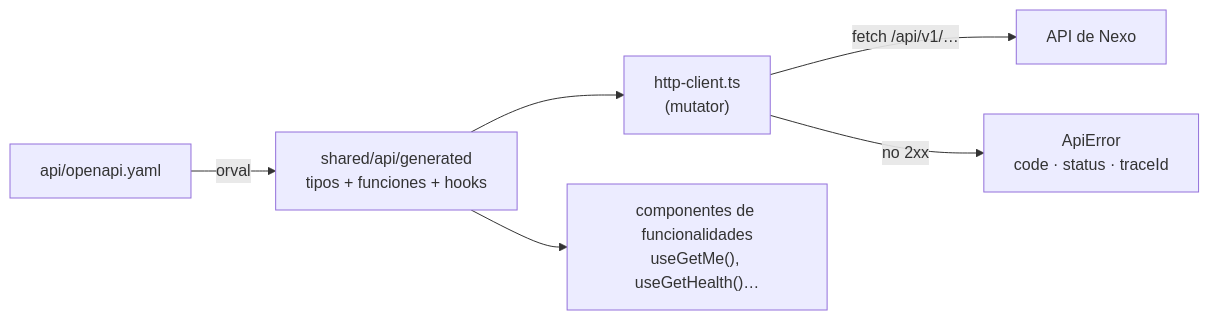
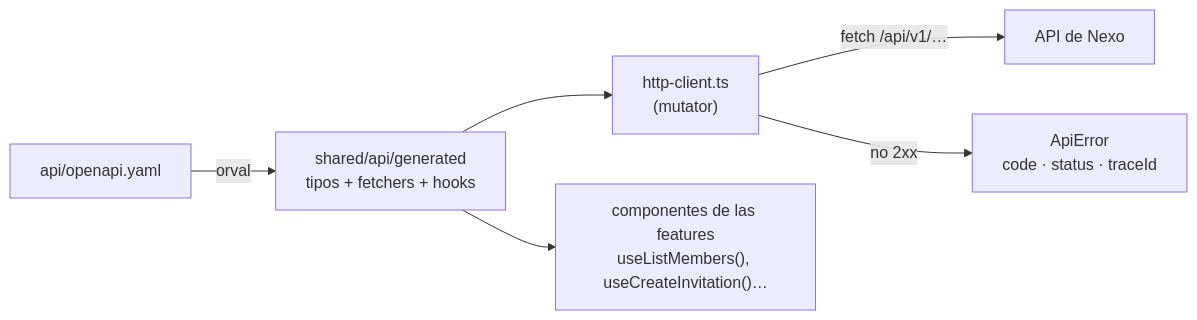
The second of 2 diagrams in docs/frontend/README.es.md (JRamonCarralero/nexo), drawn with Mermaid before and after one commit. The commit also changed other lines of this file and 85 other files, not shown here.

````diff
--- a/docs/frontend/README.es.md
+++ b/docs/frontend/README.es.md
@@ -107,8 +146,8 @@
 ```mermaid
 flowchart LR
-    contract["api/openapi.yaml"] -->|orval| gen["shared/api/generated<br/>tipos + funciones + hooks"]
+    contract["api/openapi.yaml"] -->|orval| gen["shared/api/generated<br/>tipos + fetchers + hooks"]
     gen --> mutator["http-client.ts<br/>(mutator)"]
     mutator -->|"fetch /api/v1/…"| api["API de Nexo"]
     mutator -->|no 2xx| err["ApiError<br/>code · status · traceId"]
-    gen --> comp["componentes de funcionalidades<br/>useGetMe(), useGetHealth()…"]
+    gen --> comp["componentes de las features<br/>useListMembers(), useCreateInvitation()…"]
 ```
````
